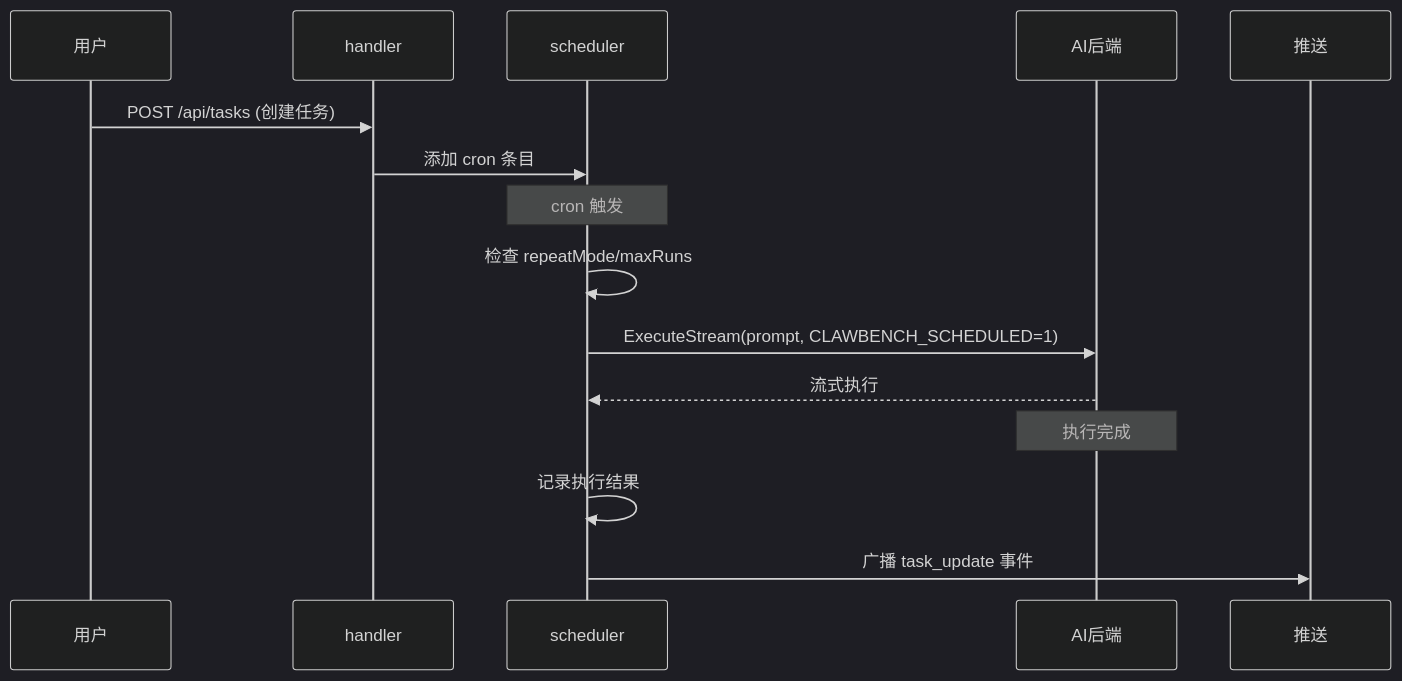
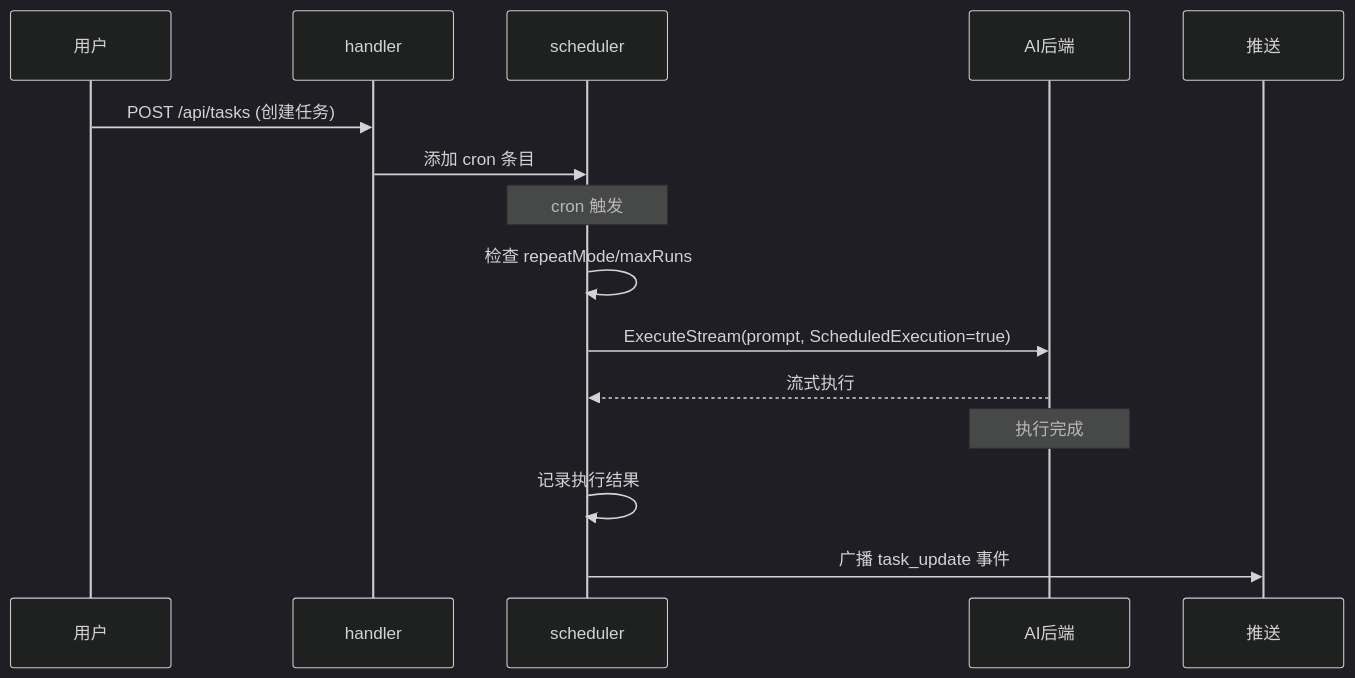
The first of 2 diagrams in docs/spec/features/scheduled-tasks.md (clawbench-dev/clawbench), drawn with Mermaid (dark theme) before and after one commit. The commit also changed other lines of this file and 10 other files, not shown here.

````diff
--- a/docs/spec/features/scheduled-tasks.md
+++ b/docs/spec/features/scheduled-tasks.md
@@ -9,18 +9,18 @@
 ```mermaid
 sequenceDiagram
     participant 用户
     participant handler
     participant scheduler
     participant AI后端
     participant 推送
 
     用户->>handler: POST /api/tasks (创建任务)
     handler->>scheduler: 添加 cron 条目
     Note over scheduler: cron 触发
     scheduler->>scheduler: 检查 repeatMode/maxRuns
-    scheduler->>AI后端: ExecuteStream(prompt, CLAWBENCH_SCHEDULED=1)
+    scheduler->>AI后端: ExecuteStream(prompt, ScheduledExecution=true)
     AI后端-->>scheduler: 流式执行
     Note over AI后端: 执行完成
     scheduler->>scheduler: 记录执行结果
     scheduler->>推送: 广播 task_update 事件
 ```
````
